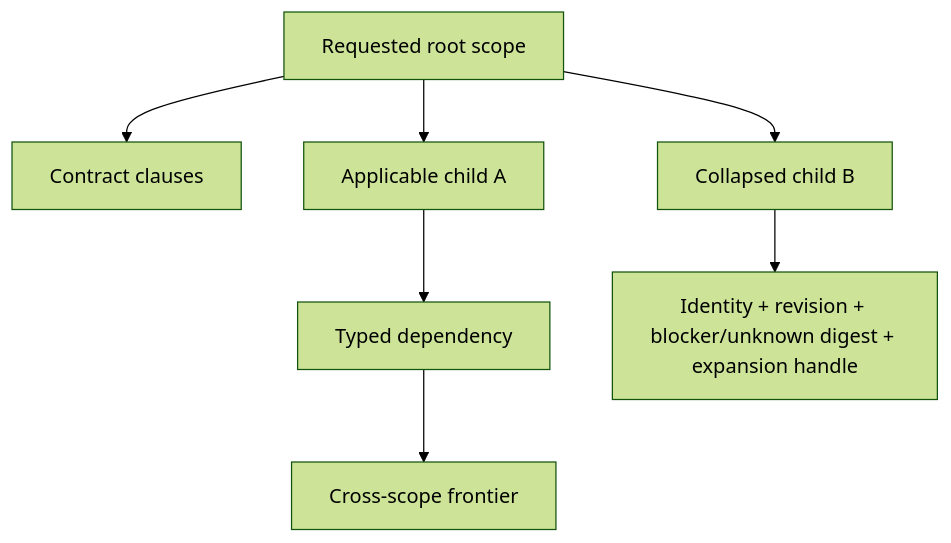
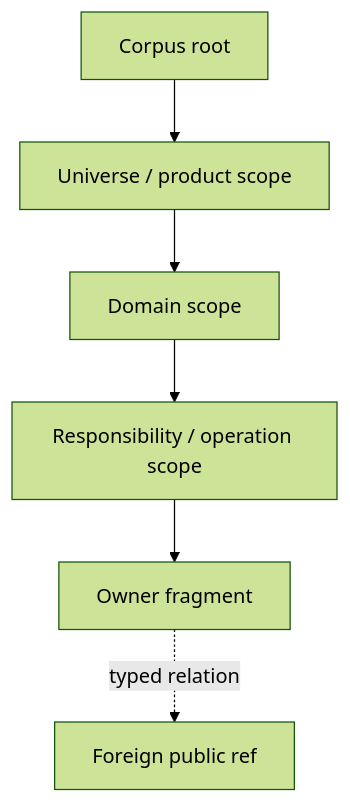
One commit to sec-platform/sec changed the second of 4 diagrams in docs/documentation-system.md. Above: the diagram before and after it, drawn with Mermaid (forest theme). The commit also changed other lines of this file and 37 other files, not shown here.

````diff
--- a/docs/documentation-system.md
+++ b/docs/documentation-system.md
@@ -897,9 +72,9 @@
 ```mermaid
-flowchart TD
-  R[Requested root scope] --> C[Contract clauses]
-  R --> A[Applicable child A]
-  R --> B[Collapsed child B]
-  A --> D[Typed dependency]
-  B --> F[Identity + revision + blocker/unknown digest + expansion handle]
-  D --> X[Cross-scope frontier]
+flowchart TB
+  R[Corpus root]
+  R --> U[Universe / product scope]
+  U --> D[Domain scope]
+  D --> X[Responsibility / operation scope]
+  X --> F[Owner fragment]
+  F -. typed relation .-> Y[Foreign public ref]
 ```
````
